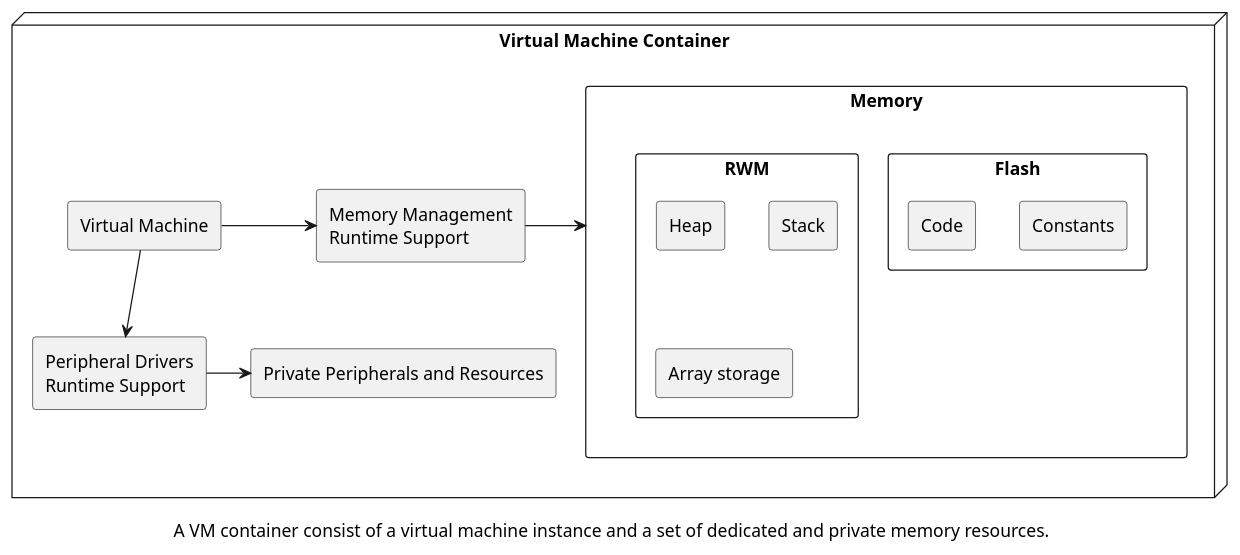
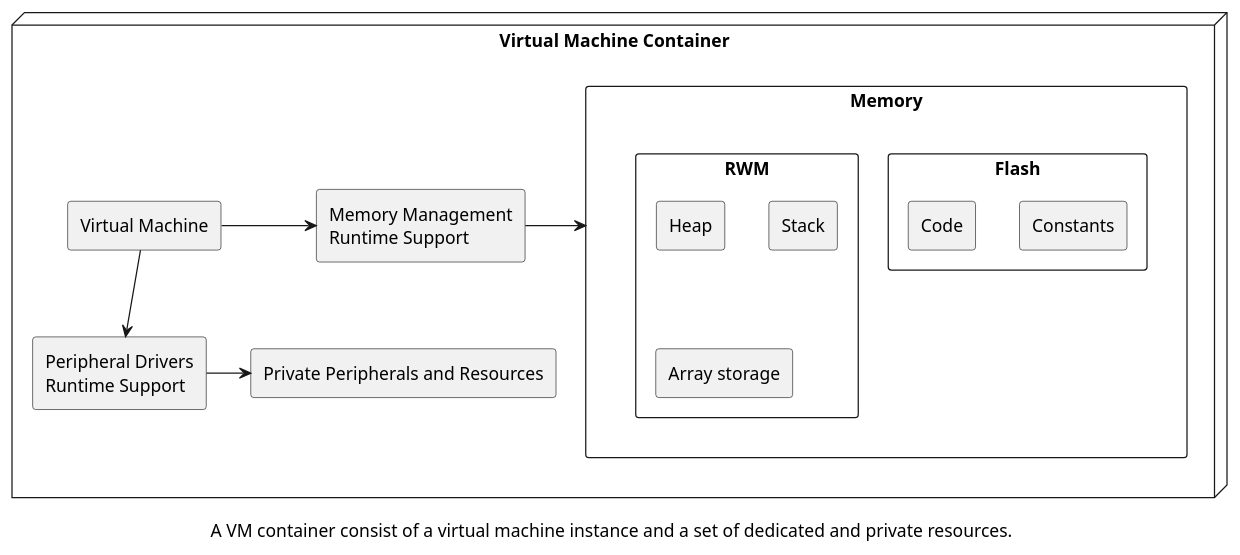
One commit to SynchronVM/SynchronVM changed the second of 4 diagrams in spec/architecture.md. Above: the diagram before and after it, drawn with PlantUML. The commit also changed 1 other file, not shown here.

Commit message:
tweak VMC fig

````diff
--- a/spec/architecture.md
+++ b/spec/architecture.md
@@ -108,33 +108,33 @@
 ```plantuml
 node "Virtual Machine Container" {
 	
    	rectangle "Memory" as mem {
 		rectangle "Flash" {
 			rectangle "Constants"
 			rectangle "Code"
 		}
 		rectangle "RWM" {
 			rectangle "Heap" 
 			rectangle "Stack"
 			rectangle "Array storage"
 		}
 	}
 	rectangle "Virtual Machine" as vm
 		
 	rectangle "Memory Management\nRuntime Support" as mm
 
 	rectangle "Private Peripherals and Resources" as ppr
 
 	rectangle "Peripheral Drivers\nRuntime Support" as pd
 
 	
 	vm -> mm 
 	mm -> mem
 
 	vm --> pd
 	pd -> ppr
 
-	caption A VM container consist of a virtual machine instance and a set of dedicated and private memory resources.
+	caption A VM container consist of a virtual machine instance and a set of dedicated and private resources.
 
 }
 ``` 
````
